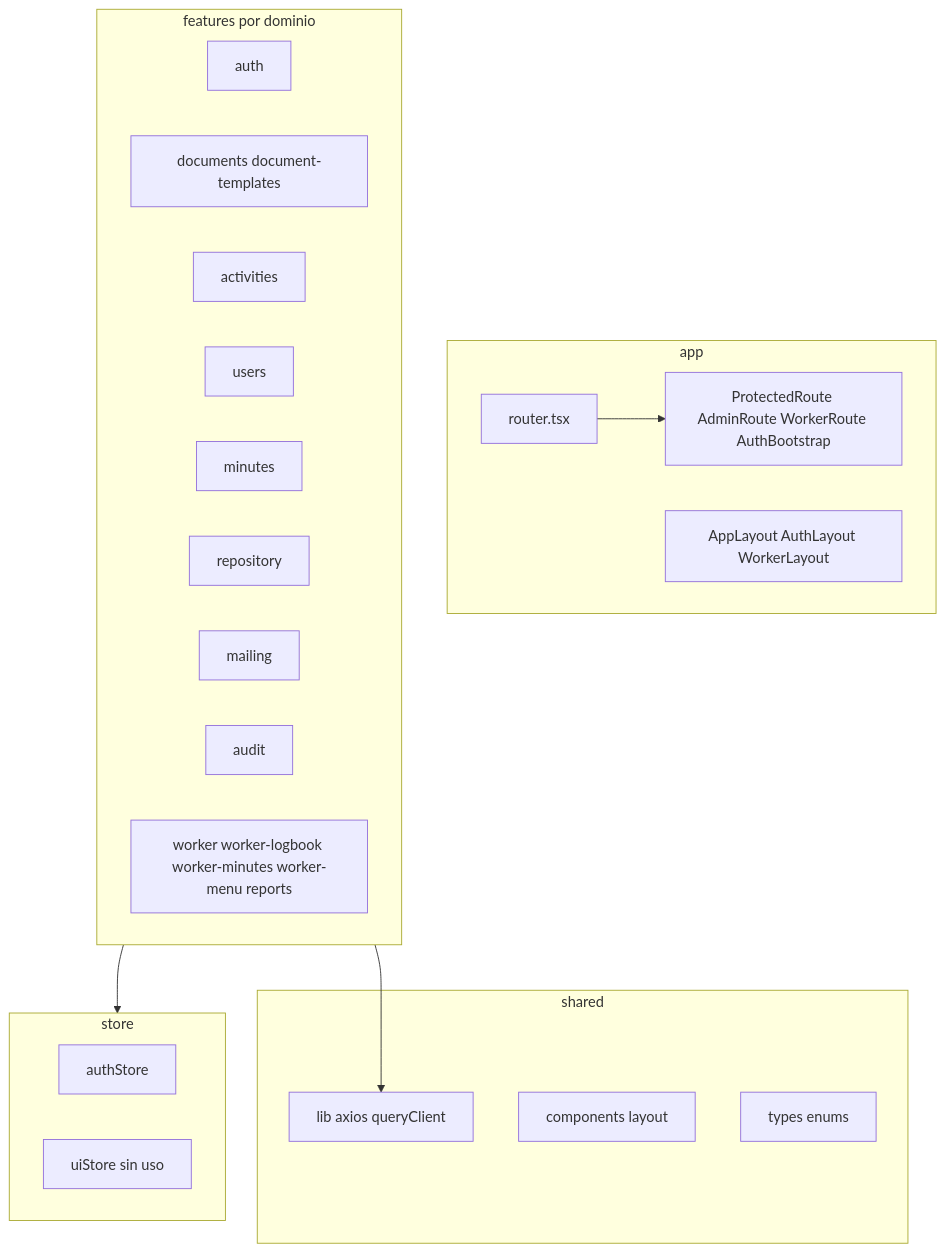
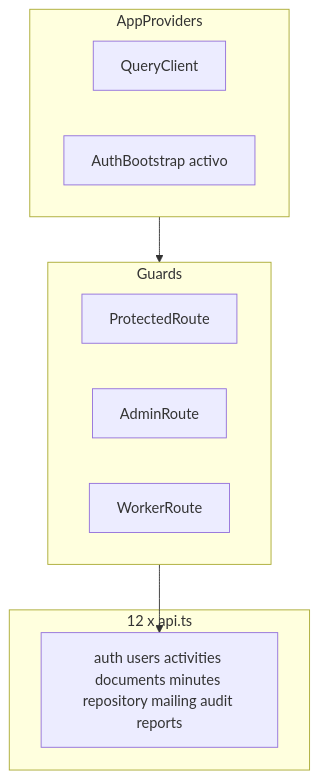
Before and after one commit to Fvgaviolenta/gestion-documental-somosbarrio: the diagram in PRODUCTO/FRONTEND/ANALISIS_FRONTEND.md, drawn with Mermaid. The commit also changed other lines of this file and 8 other files, not shown here.

````diff
--- a/PRODUCTO/FRONTEND/ANALISIS_FRONTEND.md
+++ b/PRODUCTO/FRONTEND/ANALISIS_FRONTEND.md
@@ -64,31 +55,17 @@
 ```mermaid
 flowchart TB
-  subgraph app [app]
-    Router[router.tsx]
-    Layouts[AppLayout AuthLayout WorkerLayout]
-    Guards[ProtectedRoute AdminRoute WorkerRoute AuthBootstrap]
+  subgraph providers [AppProviders]
+    RQ[QueryClient]
+    AB[AuthBootstrap activo]
   end
-  subgraph features [features por dominio]
-    Auth[auth]
-    Docs[documents document-templates]
-    Acts[activities]
-    Users[users]
-    Mins[minutes]
-    Repo[repository]
-    Mail[mailing]
-    Audit[audit]
-    Worker[worker worker-logbook worker-minutes worker-menu reports]
+  subgraph guards [Guards]
+    PR[ProtectedRoute]
+    AR[AdminRoute]
+    WR[WorkerRoute]
   end
-  subgraph shared [shared]
-    Lib[lib axios queryClient]
-    UI[components layout]
-    Types[types enums]
+  subgraph api_layer [12 x api.ts]
+    Features[auth users activities documents minutes repository mailing audit reports]
   end
-  subgraph store [store]
-    AuthStore[authStore]
-    UiStore[uiStore sin uso]
-  end
-  Router --> Guards
-  features --> Lib
-  features --> store
+  providers --> guards
+  guards --> Features
 ```
````
